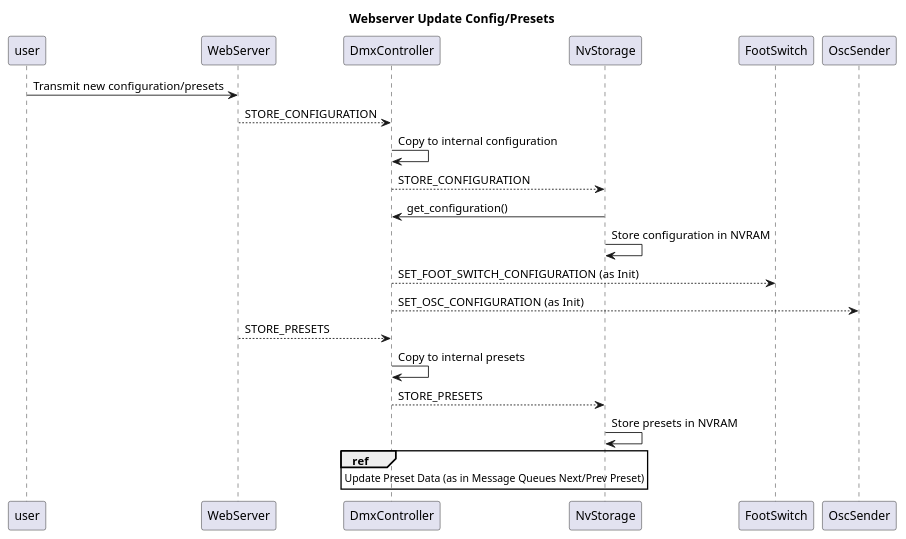
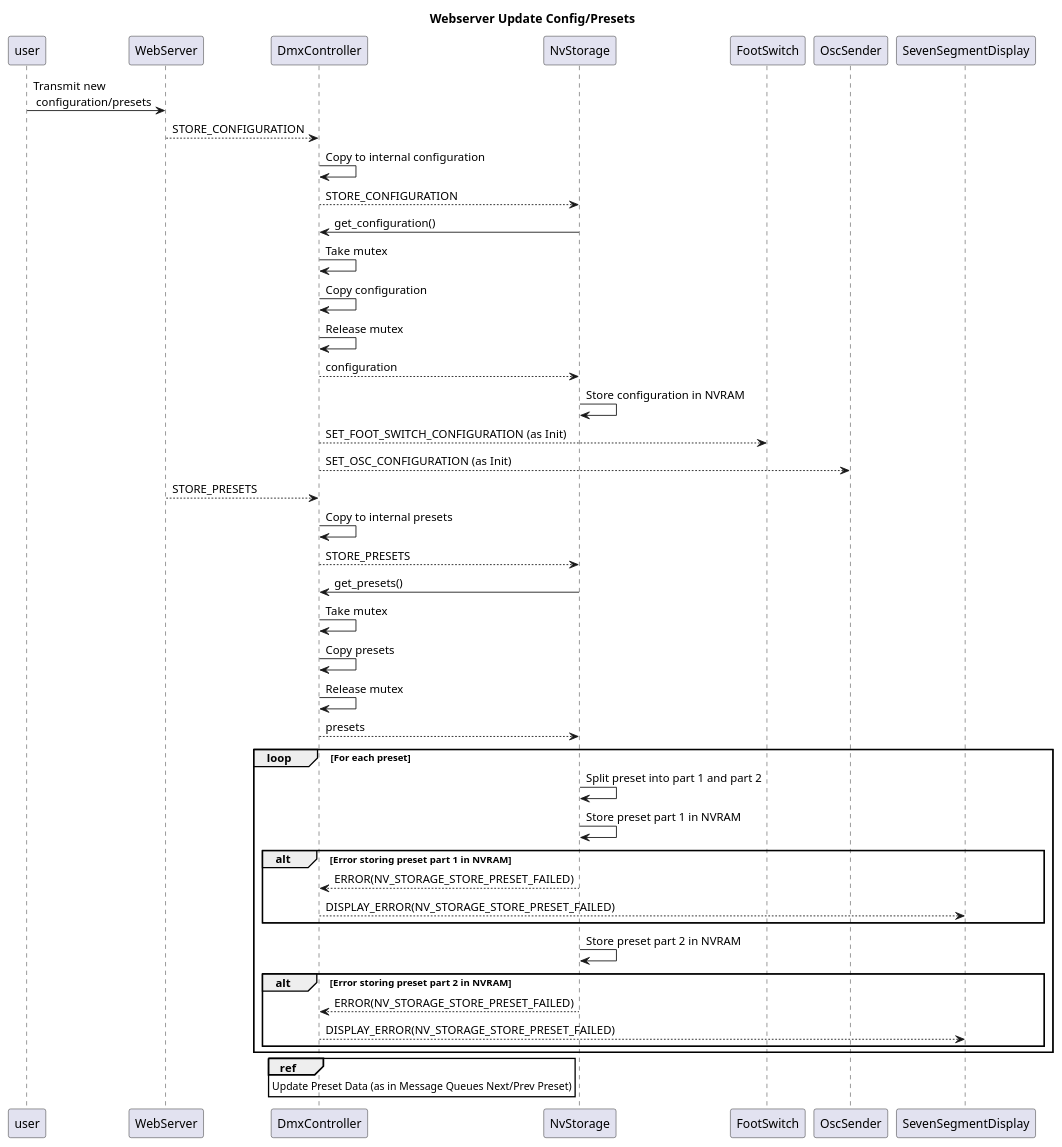
Before and after one commit to michelkeijzers/Esp32DmxController: the seventh of 8 diagrams in Documentation/software_design.puml, drawn with PlantUML. The commit also changed other lines of this file and 1 other file, not shown here.

Commit message:
Updated UML diagrams

```diff
--- a/Documentation/software_design.puml
+++ b/Documentation/software_design.puml
@@ -361,21 +399,42 @@
 @startuml
 title Webserver Update Config/Presets
 
-user -> WebServer : Transmit new configuration/presets
+user -> WebServer : Transmit new \n configuration/presets
 WebServer --> DmxController : STORE_CONFIGURATION
 DmxController -> DmxController : Copy to internal configuration
 DmxController --> NvStorage : STORE_CONFIGURATION
 NvStorage -> DmxController : get_configuration()
+DmxController -> DmxController : Take mutex
+DmxController -> DmxController : Copy configuration
+DmxController -> DmxController : Release mutex
+DmxController --> NvStorage : configuration
 NvStorage -> NvStorage : Store configuration in NVRAM
 
 DmxController --> FootSwitch : SET_FOOT_SWITCH_CONFIGURATION (as Init)
 DmxController --> OscSender : SET_OSC_CONFIGURATION (as Init)
 
 WebServer --> DmxController : STORE_PRESETS
 DmxController -> DmxController : Copy to internal presets
 DmxController --> NvStorage : STORE_PRESETS
-NvStorage -> NvStorage : Store presets in NVRAM
+NvStorage -> DmxController : get_presets()
+DmxController -> DmxController : Take mutex
+DmxController -> DmxController : Copy presets
+DmxController -> DmxController : Release mutex
+DmxController --> NvStorage : presets
+
+loop For each preset
+    NvStorage -> NvStorage : Split preset into part 1 and part 2
+    NvStorage -> NvStorage : Store preset part 1 in NVRAM
+    alt Error storing preset part 1 in NVRAM
+        NvStorage --> DmxController : ERROR(NV_STORAGE_STORE_PRESET_FAILED)
+        DmxController --> SevenSegmentDisplay : DISPLAY_ERROR(NV_STORAGE_STORE_PRESET_FAILED)
+    end
+    NvStorage -> NvStorage : Store preset part 2 in NVRAM
+    alt Error storing preset part 2 in NVRAM
+        NvStorage --> DmxController : ERROR(NV_STORAGE_STORE_PRESET_FAILED)
+        DmxController --> SevenSegmentDisplay : DISPLAY_ERROR(NV_STORAGE_STORE_PRESET_FAILED)
+    end
+end
 
 ref over DmxController : Update Preset Data (as in Message Queues Next/Prev Preset)
-
 @enduml
```
